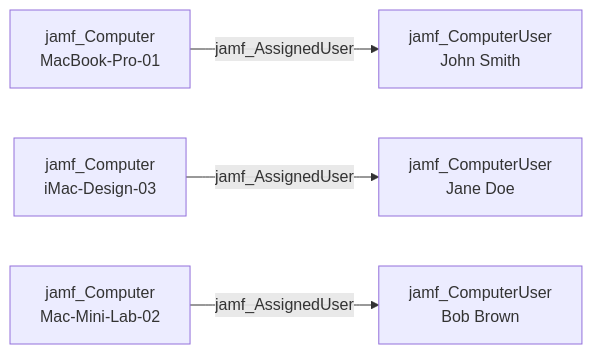
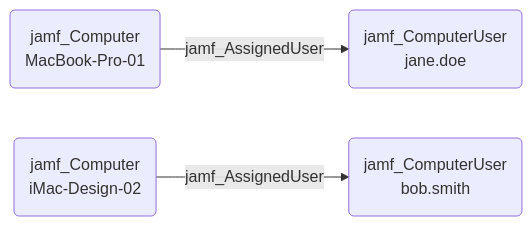
The diagram in docs/opengraph/extensions/jamfhound/reference/edges/jamf_assigneduser.mdx (SpecterOps/bloodhound-docs), drawn with Mermaid before and after one commit. The commit also changed 33 other files, not shown here.

Commit message:
Updated documentation with revised mermaid diagrams

````diff
--- a/docs/opengraph/extensions/jamfhound/reference/edges/jamf_assigneduser.mdx
+++ b/docs/opengraph/extensions/jamfhound/reference/edges/jamf_assigneduser.mdx
@@ -18,6 +18,13 @@
 ```mermaid
 graph LR
-    A["jamf_Computer\nMacBook-Pro-01"] -->|jamf_AssignedUser| B["jamf_ComputerUser\nJohn Smith"]
-    C["jamf_Computer\niMac-Design-03"] -->|jamf_AssignedUser| D["jamf_ComputerUser\nJane Doe"]
-    E["jamf_Computer\nMac-Mini-Lab-02"] -->|jamf_AssignedUser| F["jamf_ComputerUser\nBob Brown"]
+    A("jamf_Computer
+MacBook-Pro-01")
+    B("jamf_ComputerUser
+jane.doe")
+    C("jamf_Computer
+iMac-Design-02")
+    D("jamf_ComputerUser
+bob.smith")
+    A -- jamf_AssignedUser --> B
+    C -- jamf_AssignedUser --> D
 ```
````
